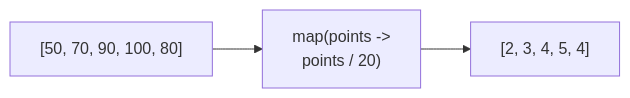
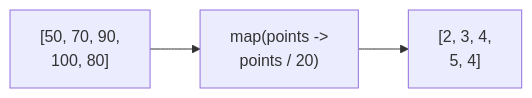
One commit to hh-programming-2/lessons changed the second of 2 diagrams in materials/streams.md. Above: the diagram before and after it, drawn with Mermaid. The commit also changed other lines of this file, not shown here.

Commit message:
Fix formatting in streams.md for Mermaid diagrams

````diff
--- a/materials/streams.md
+++ b/materials/streams.md
@@ -114,5 +114,5 @@
 ```mermaid
 flowchart LR
-    A["[50, 70, 90, 100, 80]"] --> B["map(points -><br/>points / 20)"]
-    B --> C["[2, 3, 4, 5, 4]"]
+    A["[50, 70, 90,<br/>100, 80]"] --> B["map(points -><br/>points / 20)"]
+    B --> C["[2, 3, 4,<br/>5, 4]"]
 ```
````
